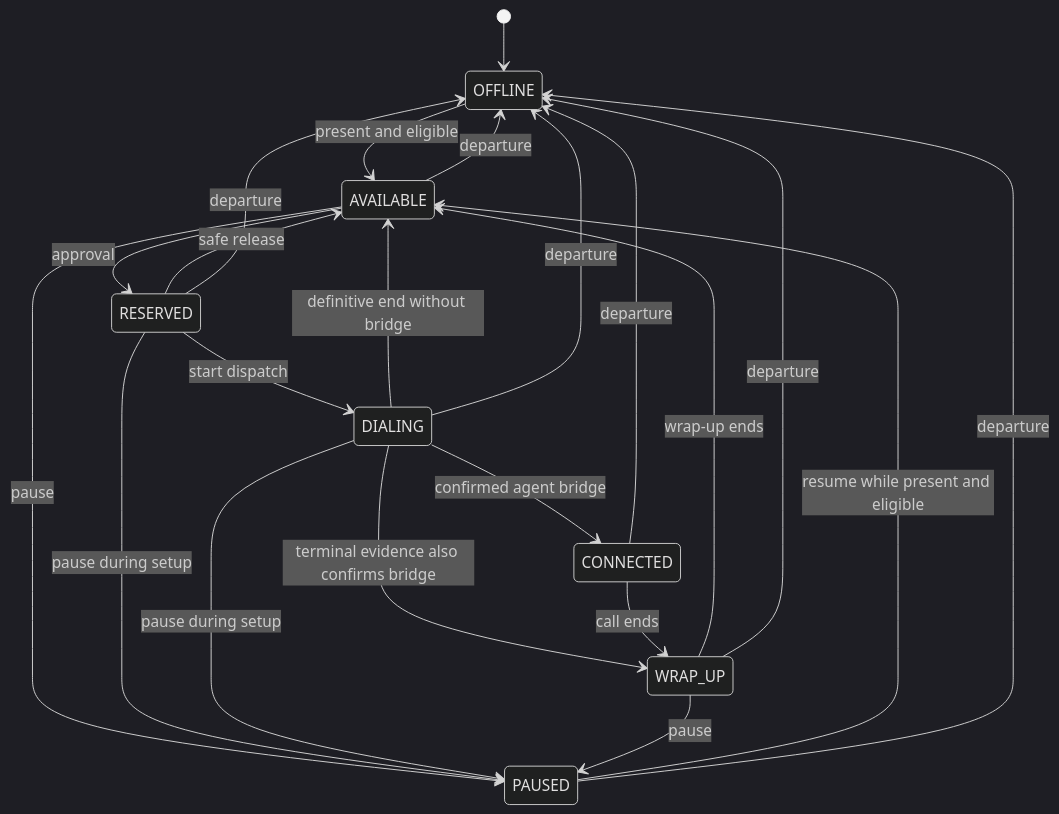
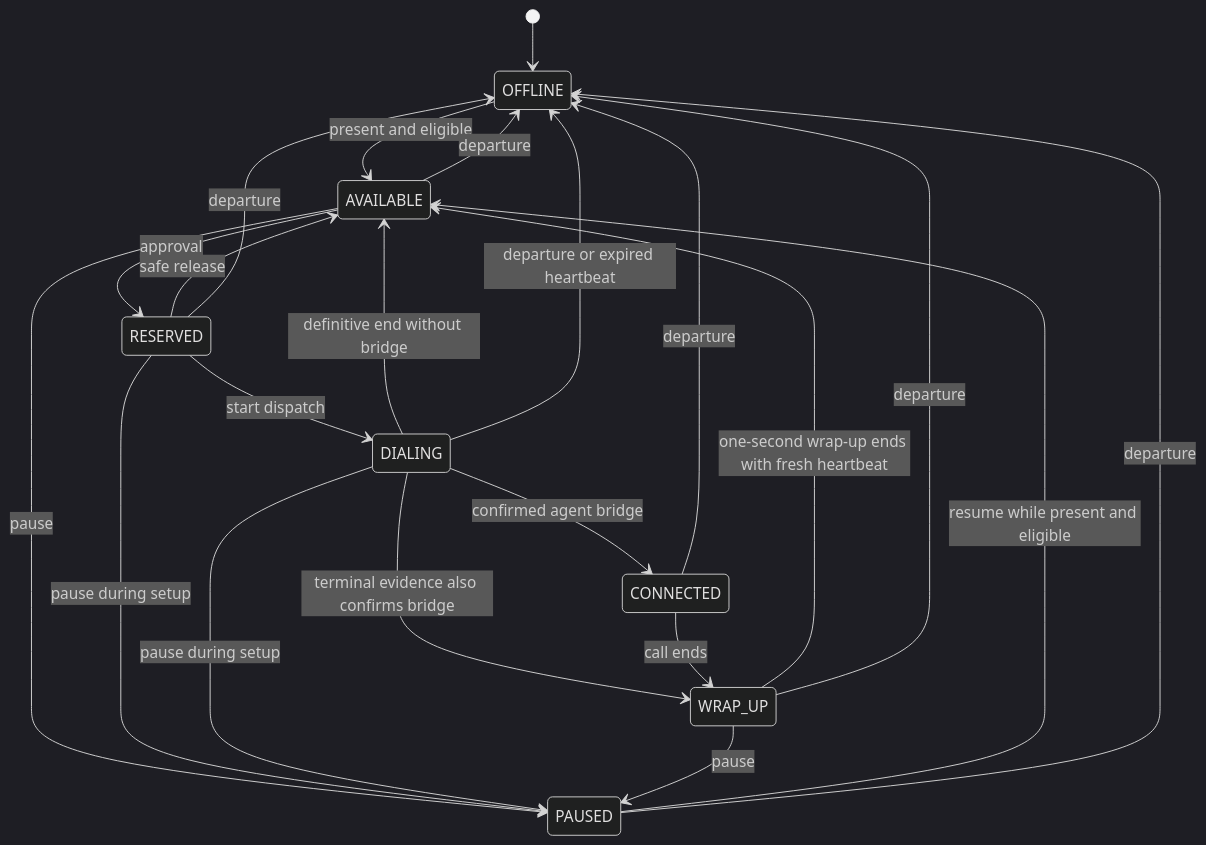
One commit to koushikwannabecoder/Smart-dialer changed the diagram in docs/agent-state-machine.md. Above: the diagram before and after it, drawn with Mermaid (dark theme). The commit also changed other lines of this file and 20 other files, not shown here.

````diff
--- a/docs/agent-state-machine.md
+++ b/docs/agent-state-machine.md
@@ -5,24 +5,24 @@
 ```mermaid
 stateDiagram-v2
     [*] --> OFFLINE
     OFFLINE --> AVAILABLE: present and eligible
     AVAILABLE --> RESERVED: approval
     AVAILABLE --> PAUSED: pause
     AVAILABLE --> OFFLINE: departure
     RESERVED --> DIALING: start dispatch
     RESERVED --> AVAILABLE: safe release
     RESERVED --> PAUSED: pause during setup
     RESERVED --> OFFLINE: departure
     DIALING --> CONNECTED: confirmed agent bridge
     DIALING --> WRAP_UP: terminal evidence also confirms bridge
     DIALING --> AVAILABLE: definitive end without bridge
     DIALING --> PAUSED: pause during setup
-    DIALING --> OFFLINE: departure
+    DIALING --> OFFLINE: departure or expired heartbeat
     CONNECTED --> WRAP_UP: call ends
     CONNECTED --> OFFLINE: departure
-    WRAP_UP --> AVAILABLE: wrap-up ends
+    WRAP_UP --> AVAILABLE: one-second wrap-up ends with fresh heartbeat
     WRAP_UP --> PAUSED: pause
     WRAP_UP --> OFFLINE: departure
     PAUSED --> AVAILABLE: resume while present and eligible
     PAUSED --> OFFLINE: departure
 ```
````
